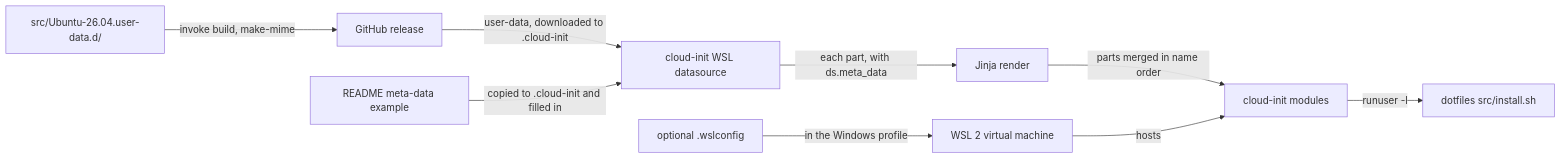
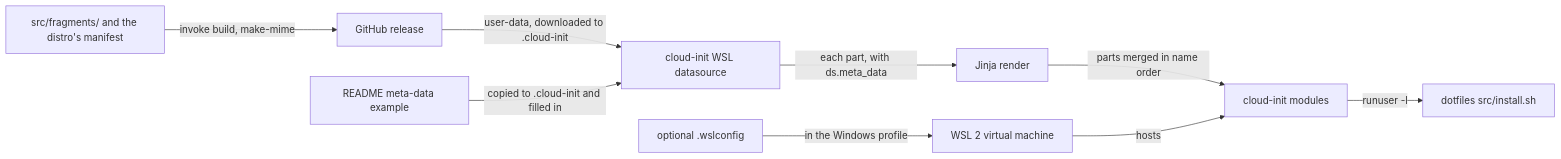
Before and after one commit to froazin/wsl: the first of 3 diagrams in docs/provisioning.md, drawn with Mermaid. The commit also changed other lines of this file and 39 other files, not shown here.

First line of the commit message:
feat(tooling): Build each distro's user-data from a manifest

````diff
--- a/docs/provisioning.md
+++ b/docs/provisioning.md
@@ -32,13 +32,13 @@
 ```mermaid
 flowchart LR
     accTitle: How the WSL files reach the instance
-    accDescr: The build joins the parts in src into one MIME user-data, and a release publishes it. The user downloads it into their Windows profile, writes the meta-data beside it from the README's example, and can add the optional .wslconfig, which WSL reads. cloud-init's WSL datasource reads the user-data and meta-data, renders each Jinja part, merges the parts and runs the cloud-config, which runs install.sh as the user and as root.
-    parts["src/Ubuntu-26.04.user-data.d/"] -->|"invoke build, make-mime"| release["GitHub release"]
+    accDescr: The build joins the fragments a distro's manifest lists into one MIME user-data, and a release publishes it. The user downloads it into their Windows profile, writes the meta-data beside it from the README's example and can add the optional .wslconfig, which WSL reads. cloud-init's WSL datasource reads the user-data and meta-data, renders each Jinja part, merges the parts and runs the cloud-config, which runs install.sh as the user and as root.
+    parts["src/fragments/ and the distro's manifest"] -->|"invoke build, make-mime"| release["GitHub release"]
     release -->|"user-data, downloaded to .cloud-init"| ds["cloud-init WSL datasource"]
     example["README meta-data example"] -->|"copied to .cloud-init and filled in"| ds
     wslconfig["optional .wslconfig"] -->|"in the Windows profile"| vm["WSL 2 virtual machine"]
     ds -->|"each part, with ds.meta_data"| jinja["Jinja render"]
     jinja -->|"parts merged in name order"| modules["cloud-init modules"]
     modules -->|"runuser -l"| install["dotfiles src/install.sh"]
     vm -->|hosts| modules
 ```
````
